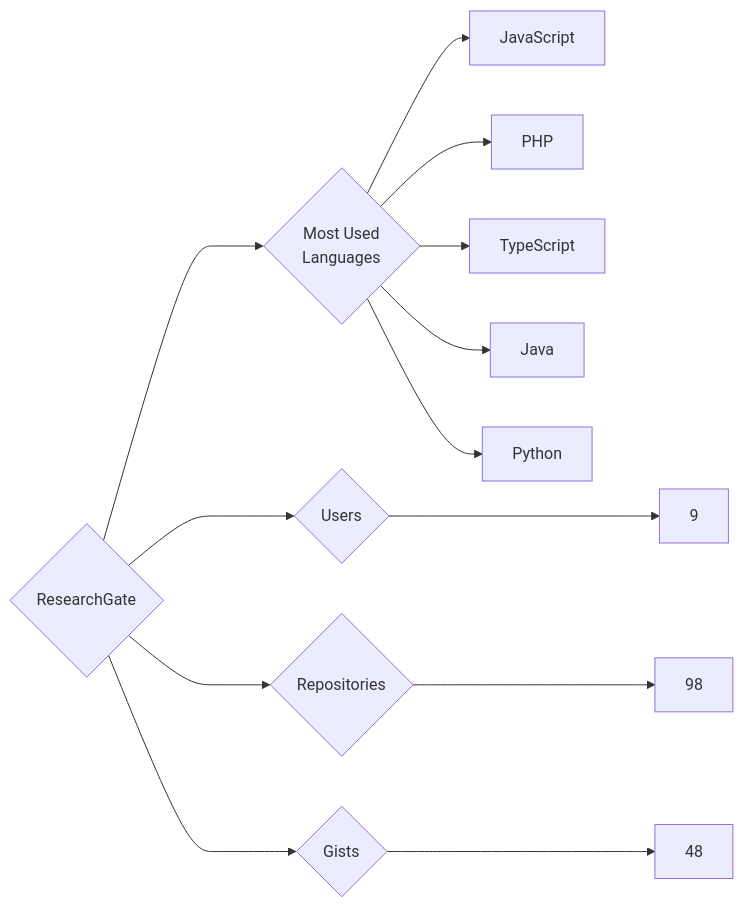
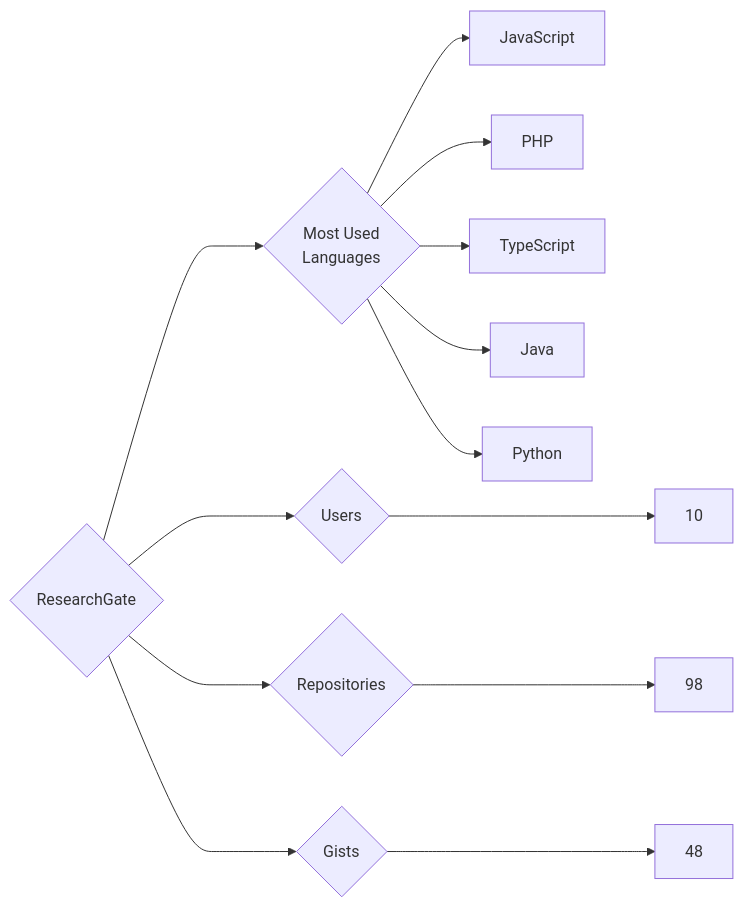
Before and after one commit to trickest/insiders: the diagram in targets/ResearchGate/README.md, drawn with Mermaid. The commit also changed 839 other files, not shown here.

````diff
--- a/targets/ResearchGate/README.md
+++ b/targets/ResearchGate/README.md
@@ -3,13 +3,13 @@
 ```mermaid
 graph LR
 COMPANY_NAME{ResearchGate}
-COMPANY_NAME ---> U{Users} ---> UN[9]
+COMPANY_NAME ---> U{Users} ---> UN[10]
 COMPANY_NAME ---> R{Repositories} ---> RN[98]
 COMPANY_NAME ---> G{Gists} ---> GN[48]
 COMPANY_NAME ---> ML{Most Used<br>Languages}
 ML --> JavaScript[JavaScript]
 ML --> PHP[PHP]
 ML --> TypeScript[TypeScript]
 ML --> Java[Java]
 ML --> Python[Python]
 ```
````
